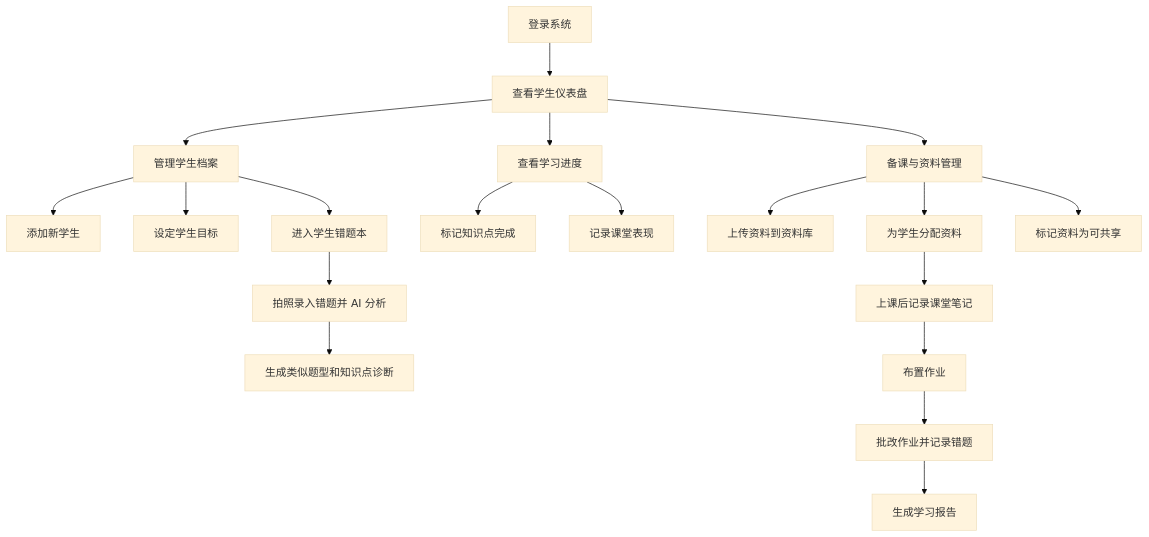
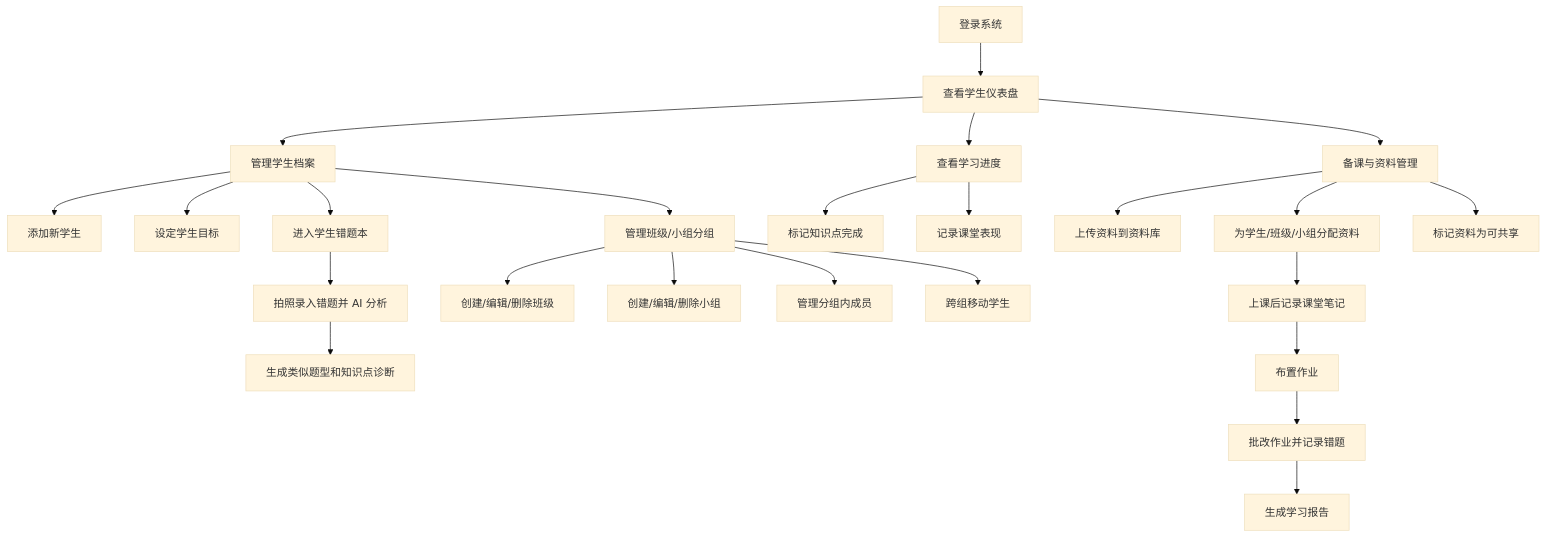
One commit to WikkyGao/c-teacher changed the diagram in PRD.md. Above: the diagram before and after it, drawn with Mermaid (base theme). The commit also changed other lines of this file and 9 other files, not shown here.

````diff
--- a/PRD.md
+++ b/PRD.md
@@ -149,21 +168,26 @@
 ```mermaid
 graph TD
     A[登录系统] --> B[查看学生仪表盘]
     B --> C1[管理学生档案]
     B --> C2[查看学习进度]
     B --> C3[备课与资料管理]
     C1 --> D1[添加新学生]
     C1 --> D2[设定学生目标]
     C1 --> D8[进入学生错题本]
+    C1 --> D9[管理班级/小组分组]
+    D9 --> J1[创建/编辑/删除班级]
+    D9 --> J2[创建/编辑/删除小组]
+    D9 --> J3[管理分组内成员]
+    D9 --> J4[跨组移动学生]
     C2 --> D3[标记知识点完成]
     C2 --> D4[记录课堂表现]
     C3 --> D5[上传资料到资料库]
-    C3 --> D6[为学生分配资料]
+    C3 --> D6[为学生/班级/小组分配资料]
     C3 --> D7[标记资料为可共享]
     D6 --> E[上课后记录课堂笔记]
     E --> F[布置作业]
     F --> G[批改作业并记录错题]
     D8 --> G1[拍照录入错题并 AI 分析]
     G1 --> G2[生成类似题型和知识点诊断]
     G --> H[生成学习报告]
 ```
````
